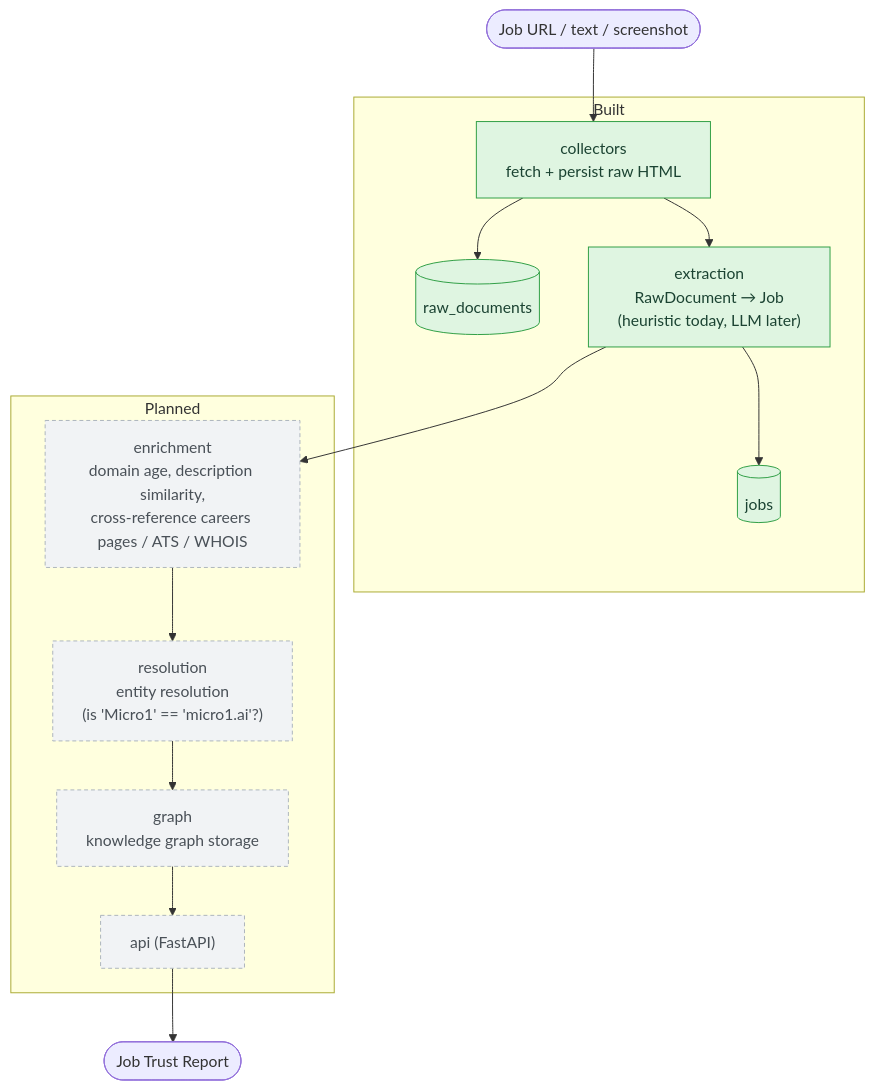
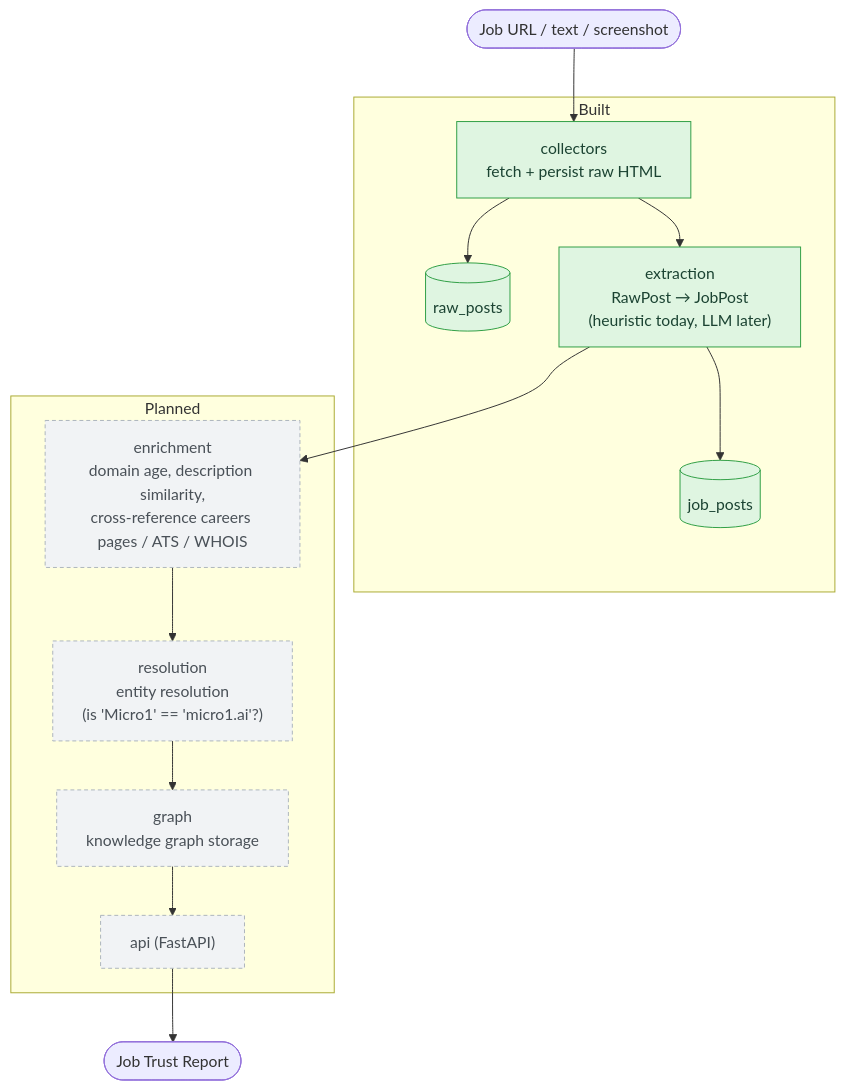
One commit to giansmart/hire-trace changed the diagram in README.md. Above: the diagram before and after it, drawn with Mermaid. The commit also changed other lines of this file and 16 other files, not shown here.

````diff
--- a/README.md
+++ b/README.md
@@ -26,35 +26,35 @@
 ```mermaid
 flowchart TD
     input(["Job URL / text / screenshot"])
 
     subgraph built["Built"]
         collectors["collectors<br/>fetch + persist raw HTML"]
-        rawdocs[("raw_documents")]
-        extraction["extraction<br/>RawDocument → Job<br/>(heuristic today, LLM later)"]
-        jobs[("jobs")]
+        rawposts[("raw_posts")]
+        extraction["extraction<br/>RawPost → JobPost<br/>(heuristic today, LLM later)"]
+        jobposts[("job_posts")]
     end
 
     subgraph planned["Planned"]
         enrichment["enrichment<br/>domain age, description similarity,<br/>cross-reference careers pages / ATS / WHOIS"]
         resolution["resolution<br/>entity resolution<br/>(is 'Micro1' == 'micro1.ai'?)"]
         kgraph["graph<br/>knowledge graph storage"]
         api["api (FastAPI)"]
     end
 
     report(["Job Trust Report"])
 
     input --> collectors
-    collectors --> rawdocs
+    collectors --> rawposts
     collectors --> extraction
-    extraction --> jobs
+    extraction --> jobposts
     extraction --> enrichment
     enrichment --> resolution
     resolution --> kgraph
     kgraph --> api
     api --> report
 
     classDef built fill:#dff5e1,stroke:#2f9e44,color:#1b4332;
     classDef planned fill:#f1f3f5,stroke:#adb5bd,color:#495057,stroke-dasharray: 4 3;
-    class collectors,rawdocs,extraction,jobs built;
+    class collectors,rawposts,extraction,jobposts built;
     class enrichment,resolution,kgraph,api planned;
 ```
````
